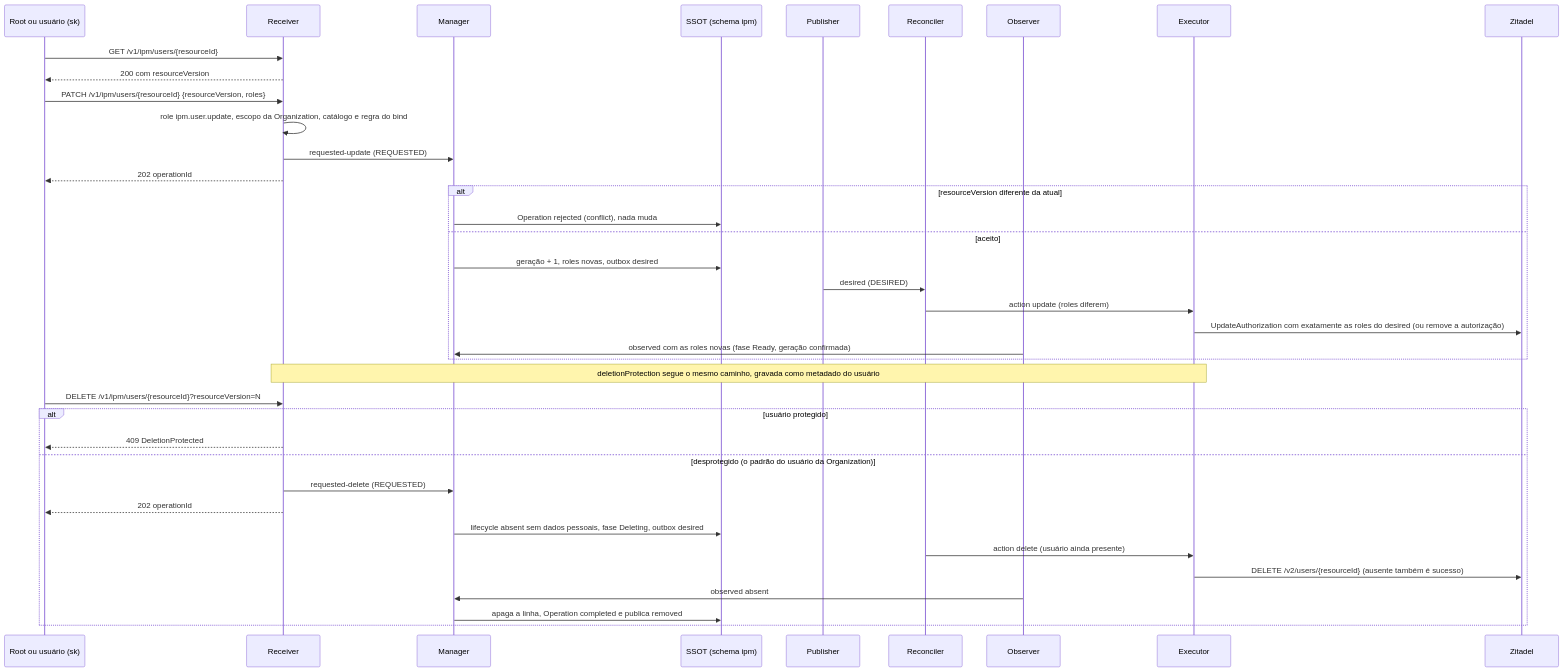
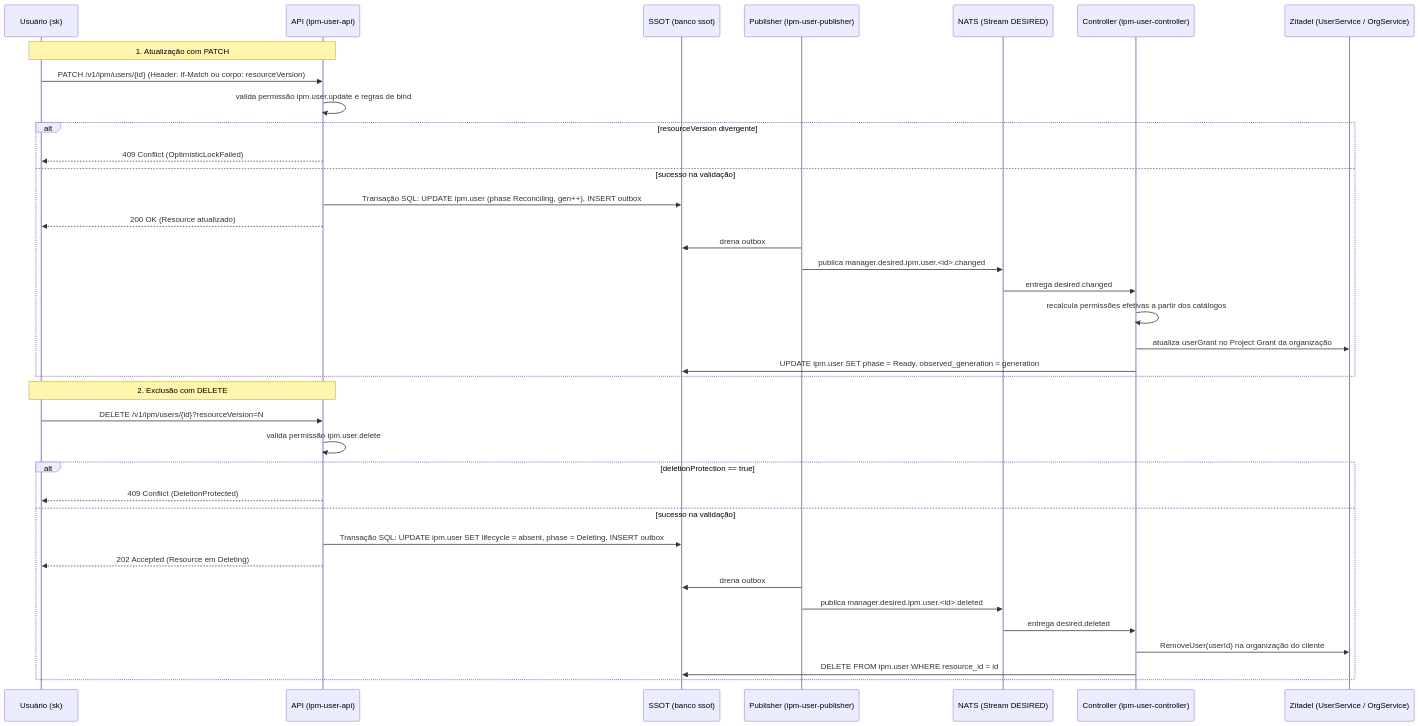
Before and after one commit to danielsabatini/smarkee: the diagram in features/ipm/user/docs/flow/03-alterar-roles-e-remover.mmd, drawn with Mermaid. The commit also changed 86 other files, not shown here.

Commit message:
docs(ipm): atualiza diagramas e fluxo de dados de organization, permission, user e serviceaccount

```diff
--- a/features/ipm/user/docs/flow/03-alterar-roles-e-remover.mmd
+++ b/features/ipm/user/docs/flow/03-alterar-roles-e-remover.mmd
@@ -1,38 +1,39 @@
 sequenceDiagram
-  participant U as Root ou usuário (sk)
-  participant R as Receiver
-  participant M as Manager
-  participant DB as SSOT (schema ipm)
-  participant P as Publisher
-  participant REC as Reconciler
-  participant OB as Observer
-  participant EX as Executor
-  participant Z as Zitadel
-  U->>R: GET /v1/ipm/users/{resourceId}
-  R-->>U: 200 com resourceVersion
-  U->>R: PATCH /v1/ipm/users/{resourceId} {resourceVersion, roles}
-  R->>R: role ipm.user.update, escopo da Organization, catálogo e regra do bind
-  R->>M: requested-update (REQUESTED)
-  R-->>U: 202 operationId
-  alt resourceVersion diferente da atual
-    M->>DB: Operation rejected (conflict), nada muda
-  else aceito
-    M->>DB: geração + 1, roles novas, outbox desired
-    P->>REC: desired (DESIRED)
-    REC->>EX: action update (roles diferem)
-    EX->>Z: UpdateAuthorization com exatamente as roles do desired (ou remove a autorização)
-    OB->>M: observed com as roles novas (fase Ready, geração confirmada)
+  participant U as Usuário (sk)
+  participant API as API (ipm-user-api)
+  participant DB as SSOT (banco ssot)
+  participant P as Publisher (ipm-user-publisher)
+  participant NATS as NATS (Stream DESIRED)
+  participant CTRL as Controller (ipm-user-controller)
+  participant ZIT as Zitadel (UserService / OrgService)
+
+  Note over U,API: 1. Atualização com PATCH
+  U->>API: PATCH /v1/ipm/users/{id} (Header: If-Match ou corpo: resourceVersion)
+  API->>API: valida permissão ipm.user.update e regras de bind
+  alt resourceVersion divergente
+    API-->>U: 409 Conflict (OptimisticLockFailed)
+  else sucesso na validação
+    API->>DB: Transação SQL: UPDATE ipm.user (phase Reconciling, gen++), INSERT outbox
+    API-->>U: 200 OK (Resource atualizado)
+    P->>DB: drena outbox
+    P->>NATS: publica manager.desired.ipm.user.<id>.changed
+    NATS->>CTRL: entrega desired.changed
+    CTRL->>CTRL: recalcula permissões efetivas a partir dos catálogos
+    CTRL->>ZIT: atualiza userGrant no Project Grant da organização
+    CTRL->>DB: UPDATE ipm.user SET phase = Ready, observed_generation = generation
   end
-  Note over R,EX: deletionProtection segue o mesmo caminho, gravada como metadado do usuário
-  U->>R: DELETE /v1/ipm/users/{resourceId}?resourceVersion=N
-  alt usuário protegido
-    R-->>U: 409 DeletionProtected
-  else desprotegido (o padrão do usuário da Organization)
-    R->>M: requested-delete (REQUESTED)
-    R-->>U: 202 operationId
-    M->>DB: lifecycle absent sem dados pessoais, fase Deleting, outbox desired
-    REC->>EX: action delete (usuário ainda presente)
-    EX->>Z: DELETE /v2/users/{resourceId} (ausente também é sucesso)
-    OB->>M: observed absent
-    M->>DB: apaga a linha, Operation completed e publica removed
+
+  Note over U,API: 2. Exclusão com DELETE
+  U->>API: DELETE /v1/ipm/users/{id}?resourceVersion=N
+  API->>API: valida permissão ipm.user.delete
+  alt deletionProtection == true
+    API-->>U: 409 Conflict (DeletionProtected)
+  else sucesso na validação
+    API->>DB: Transação SQL: UPDATE ipm.user SET lifecycle = absent, phase = Deleting, INSERT outbox
+    API-->>U: 202 Accepted (Resource em Deleting)
+    P->>DB: drena outbox
+    P->>NATS: publica manager.desired.ipm.user.<id>.deleted
+    NATS->>CTRL: entrega desired.deleted
+    CTRL->>ZIT: RemoveUser(userId) na organização do cliente
+    CTRL->>DB: DELETE FROM ipm.user WHERE resource_id = id
   end
```
